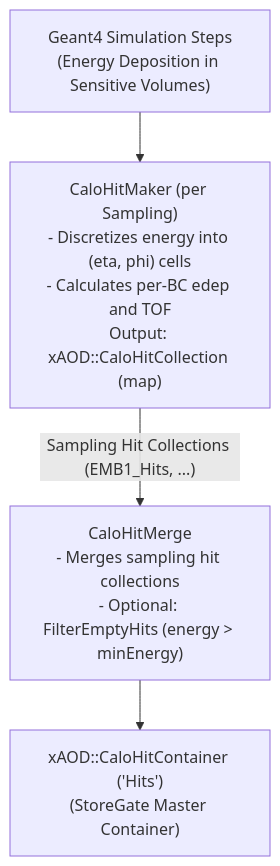
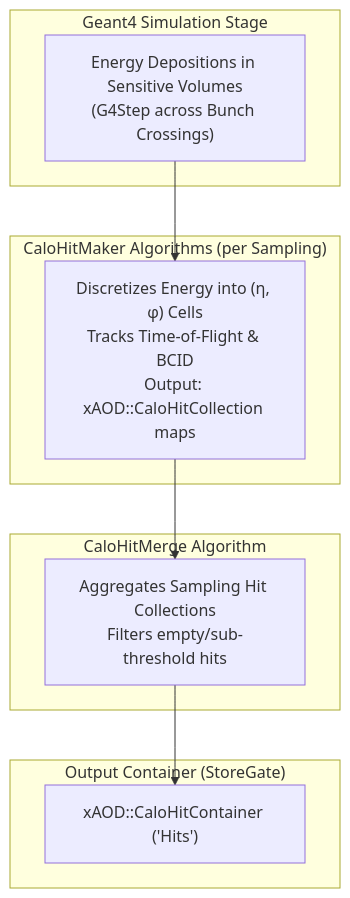
Before and after one commit to lordhsdw999-a11y/lorenzetti: the diagram in reconstruction/calorimeter/CaloHitBuilder/README.md, drawn with Mermaid. The commit also changed 5 other files, not shown here.

````diff
--- a/reconstruction/calorimeter/CaloHitBuilder/README.md
+++ b/reconstruction/calorimeter/CaloHitBuilder/README.md
@@ -11,6 +11,22 @@
 ```mermaid
-flowchart TD
-    G4Steps["Geant4 Simulation Steps<br/>(Energy Deposition in Sensitive Volumes)"] --> Maker["CaloHitMaker (per Sampling)<br/>- Discretizes energy into (eta, phi) cells<br/>- Calculates per-BC edep and TOF<br/>Output: xAOD::CaloHitCollection (map)"]
-    Maker -->|"Sampling Hit Collections (EMB1_Hits, ...)"| Merge["CaloHitMerge<br/>- Merges sampling hit collections<br/>- Optional: FilterEmptyHits (energy > minEnergy)"]
-    Merge --> Output["xAOD::CaloHitContainer ('Hits')<br/>(StoreGate Master Container)"]
+graph TD
+    subgraph Simulation ["Geant4 Simulation Stage"]
+        G4Steps["Energy Depositions in Sensitive Volumes<br/>(G4Step across Bunch Crossings)"]
+    end
+
+    subgraph SamplingHitBuilding ["CaloHitMaker Algorithms (per Sampling)"]
+        Maker["Discretizes Energy into (&eta;, &phi;) Cells<br/>Tracks Time-of-Flight &amp; BCID<br/>Output: xAOD::CaloHitCollection maps"]
+    end
+
+    subgraph MergingPipeline ["CaloHitMerge Algorithm"]
+        Merge["Aggregates Sampling Hit Collections<br/>Filters empty/sub-threshold hits"]
+    end
+
+    subgraph Output ["Output Container (StoreGate)"]
+        Hits["xAOD::CaloHitContainer ('Hits')"]
+    end
+
+    G4Steps --> Maker
+    Maker --> Merge
+    Merge --> Hits
 ```
````
